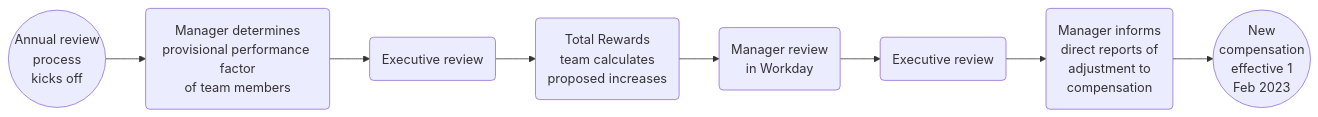
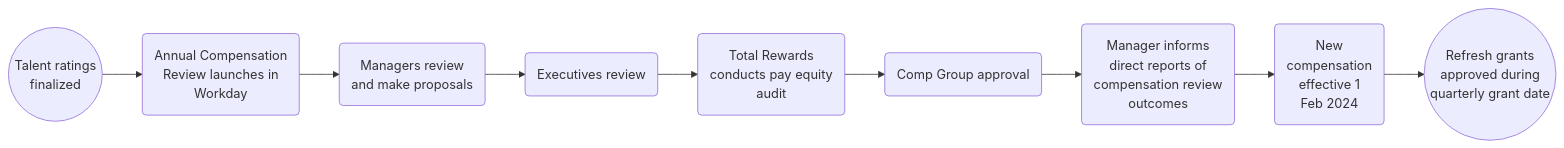
Before and after one commit to secretstartups/handbook: the diagram in content/handbook/total-rewards/compensation/compensation-review-cycle/_index.md, drawn with Mermaid. The commit also changed other lines of this file and 2 other files, not shown here.

Commit message:
FY25 Compensation Review Updates

````diff
--- a/content/handbook/total-rewards/compensation/compensation-review-cycle/_index.md
+++ b/content/handbook/total-rewards/compensation/compensation-review-cycle/_index.md
@@ -24,19 +24,21 @@
 ```mermaid
 graph LR
-    start((Annual review<br/>process<br/>kicks off))
-    step_manager_review(Manager determines<br/>provisional performance factor<br/>of team members)
-    step_exec_review_1(Executive review)
-    step_tr_calculate(Total Rewards<br/>team calculates<br/>proposed increases)
-    step_manager_workday(Manager review<br/>in Workday)
-    step_exec_review_2(Executive review)
-    step_manager_final(Manager informs<br/>direct reports of<br/>adjustment to<br/> compensation)
-    stop((New<br/>compensation<br/>effective 1<br/>Feb 2023))
-
-    start-->step_manager_review
-    step_manager_review-->step_exec_review_1
-    step_exec_review_1-->step_tr_calculate
-    step_tr_calculate-->step_manager_workday
-    step_manager_workday-->step_exec_review_2
-    step_exec_review_2-->step_manager_final
-    step_manager_final-->stop
+    start((Talent ratings<br/>finalized))
+    step_acr_launch(Annual Compensation<br/>Review launches in<br/>Workday)
+    step_mgr_review(Managers review<br/>and make proposals)
+    step_exec_review(Executives review)
+    step_pay_equity(Total Rewards<br/>conducts pay equity<br/>audit)
+    step_comp_group(Comp Group approval)
+    step_manager_comm(Manager informs<br/>direct reports of<br/>compensation review<br>outcomes)
+    step_comp_effective(New<br/>compensation<br/>effective 1<br/>Feb 2024)
+    stop((Refresh grants<br/>approved during<br/>quarterly grant date))
+    
+    start-->step_acr_launch
+    step_acr_launch-->step_mgr_review
+    step_mgr_review-->step_exec_review
+    step_exec_review-->step_pay_equity
+    step_pay_equity-->step_comp_group
+    step_comp_group--> step_manager_comm
+    step_manager_comm--> step_comp_effective
+    step_comp_effective--> stop
 ```
````
